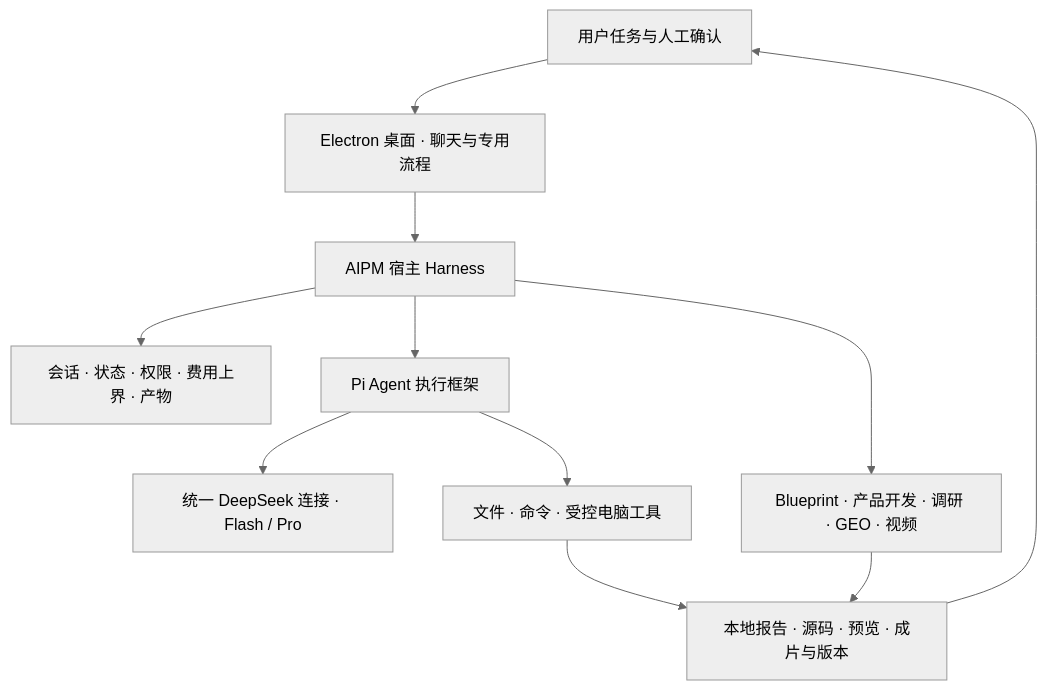
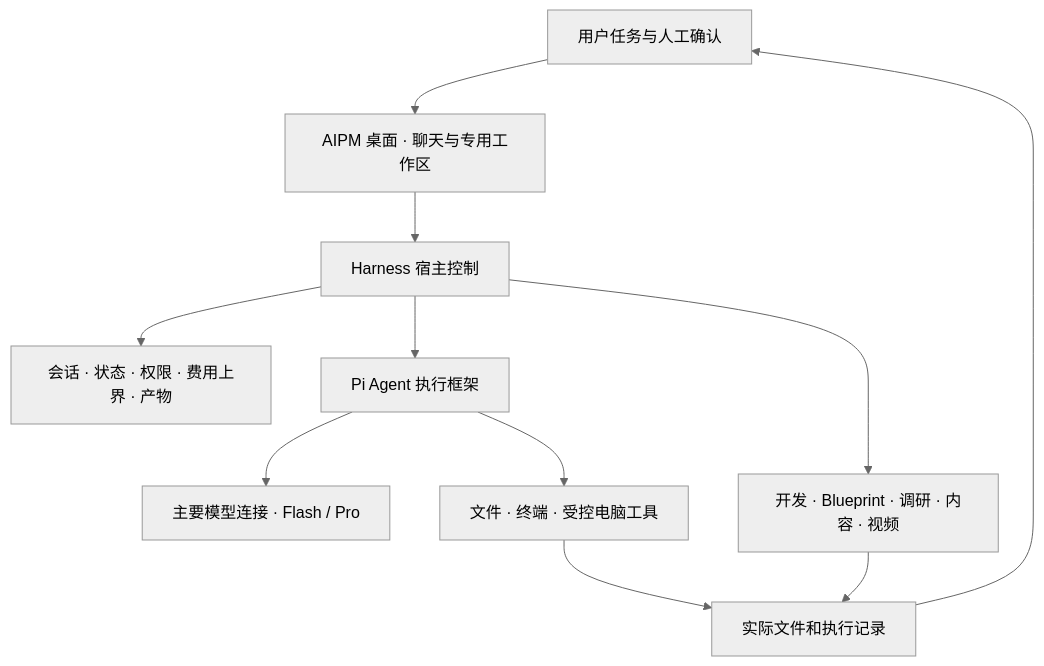
One commit to YEMIN11238/AIPM-Workbench changed the diagram in README.md. Above: the diagram before and after it, drawn with Mermaid (neutral theme). The commit also changed other lines of this file and 15 other files, not shown here.

````diff
--- a/README.md
+++ b/README.md
@@ -71,13 +114,13 @@
 ```mermaid
 flowchart TB
-    U[用户任务与人工确认] --> UI[Electron 桌面 · 聊天与专用流程]
-    UI --> H[AIPM 宿主 Harness]
+    U[用户任务与人工确认] --> UI[AIPM 桌面 · 聊天与专用工作区]
+    UI --> H[Harness 宿主控制]
     H --> S[会话 · 状态 · 权限 · 费用上界 · 产物]
     H --> P[Pi Agent 执行框架]
-    P --> M[统一 DeepSeek 连接 · Flash / Pro]
-    P --> T[文件 · 命令 · 受控电脑工具]
-    H --> F[Blueprint · 产品开发 · 调研 · GEO · 视频]
-    F --> O[本地报告 · 源码 · 预览 · 成片与版本]
-    T --> O
+    P --> M[主要模型连接 · Flash / Pro]
+    P --> T[文件 · 终端 · 受控电脑工具]
+    H --> B[开发 · Blueprint · 调研 · 内容 · 视频]
+    T --> O[实际文件和执行记录]
+    B --> O
     O --> U
 ```
````
